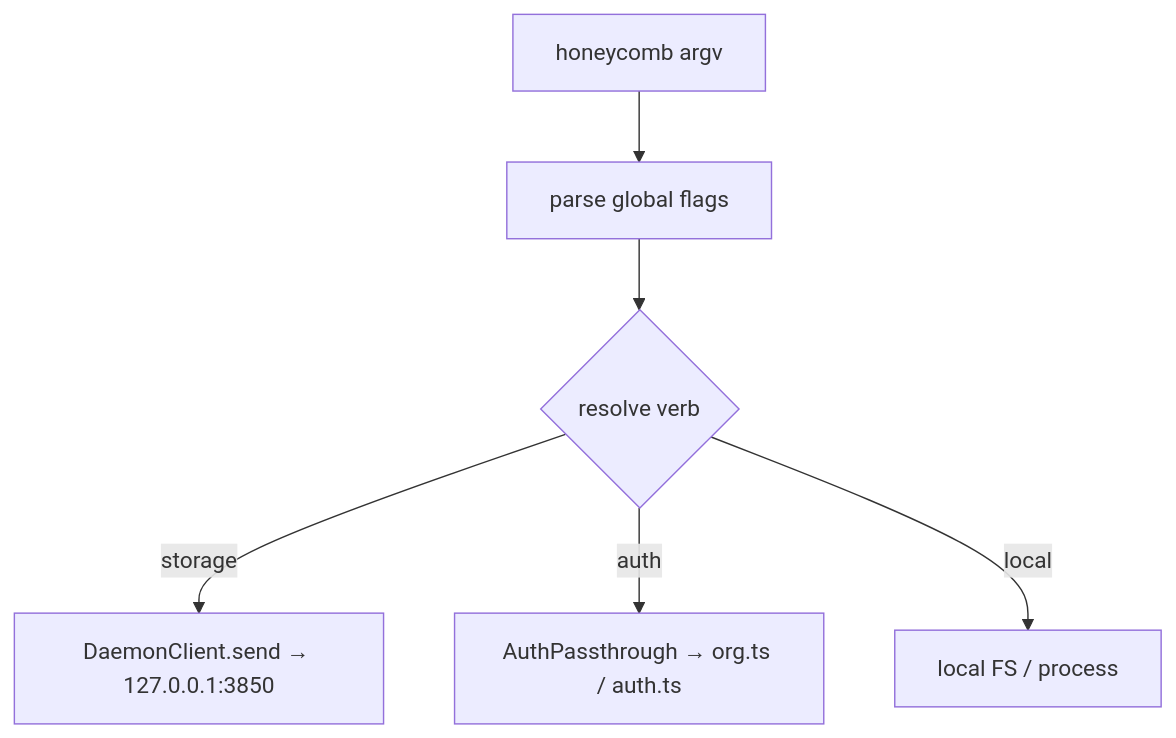
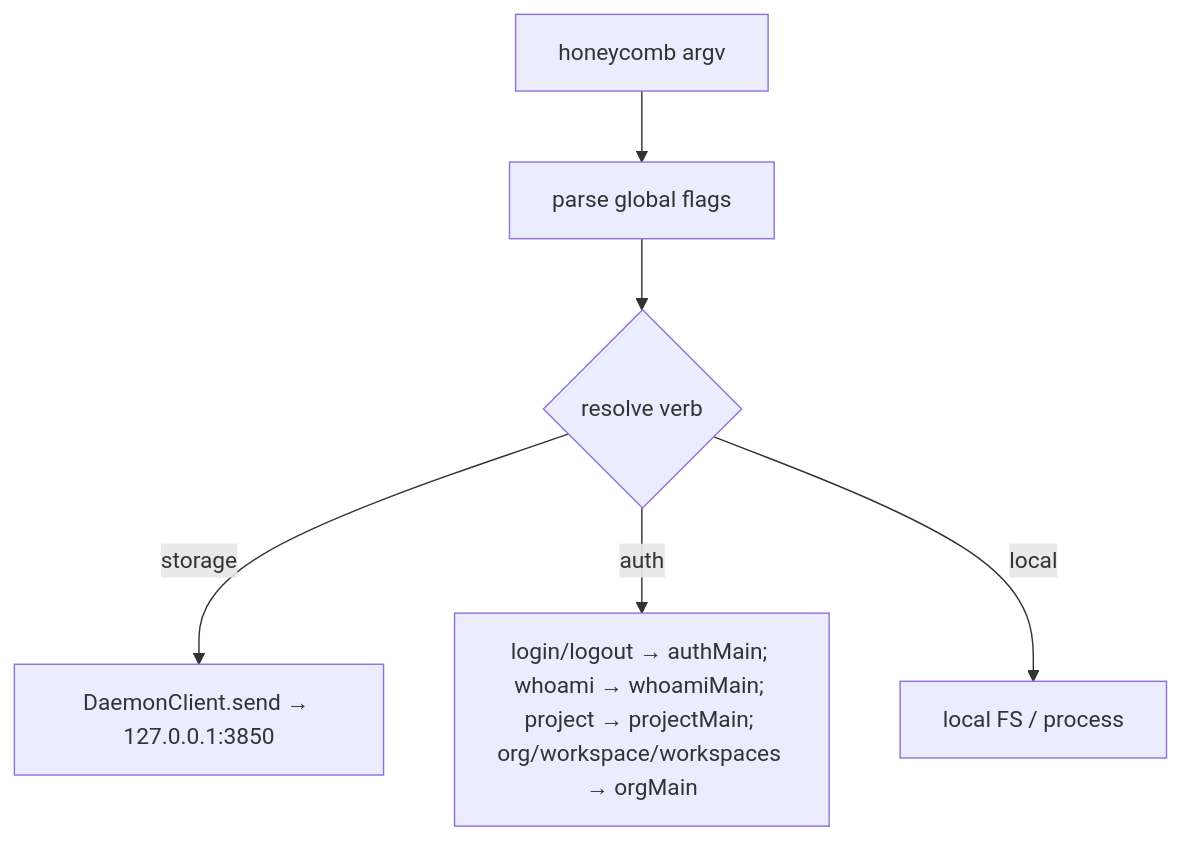
One commit to legioncodeinc/honeycomb changed the diagram in library/knowledge/private/architecture/cli-dispatcher.md. Above: the diagram before and after it, drawn with Mermaid. The commit also changed other lines of this file and 279 other files, not shown here.

````diff
--- a/library/knowledge/private/architecture/cli-dispatcher.md
+++ b/library/knowledge/private/architecture/cli-dispatcher.md
@@ -19,8 +19,8 @@
 ```mermaid
 flowchart TD
     I[honeycomb argv] --> P[parse global flags]
     P --> V{resolve verb}
     V -->|storage| D[DaemonClient.send → 127.0.0.1:3850]
-    V -->|auth| A[AuthPassthrough → org.ts / auth.ts]
+    V -->|auth| A[login/logout → authMain; whoami → whoamiMain; project → projectMain; org/workspace/workspaces → orgMain]
     V -->|local| L[local FS / process]
 ```
````
